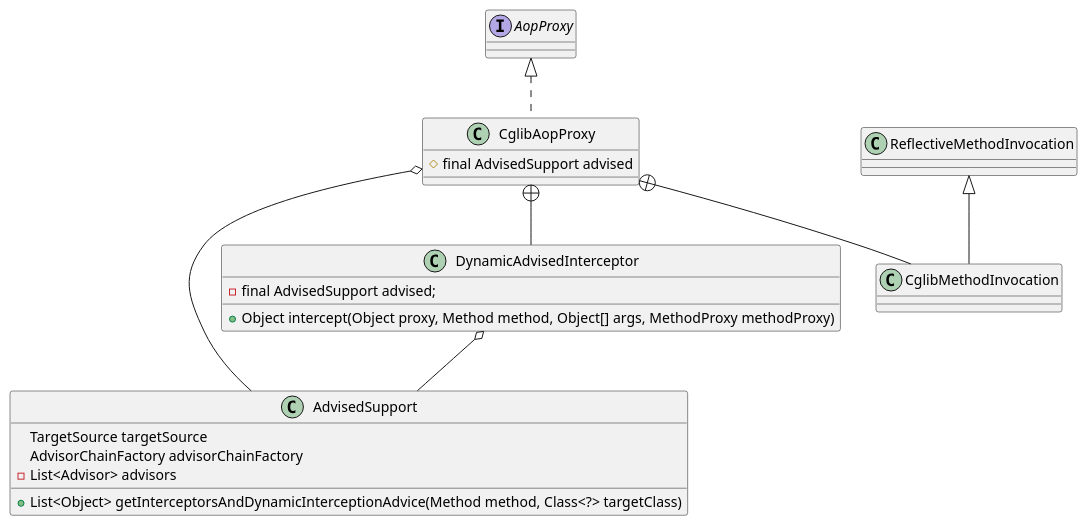
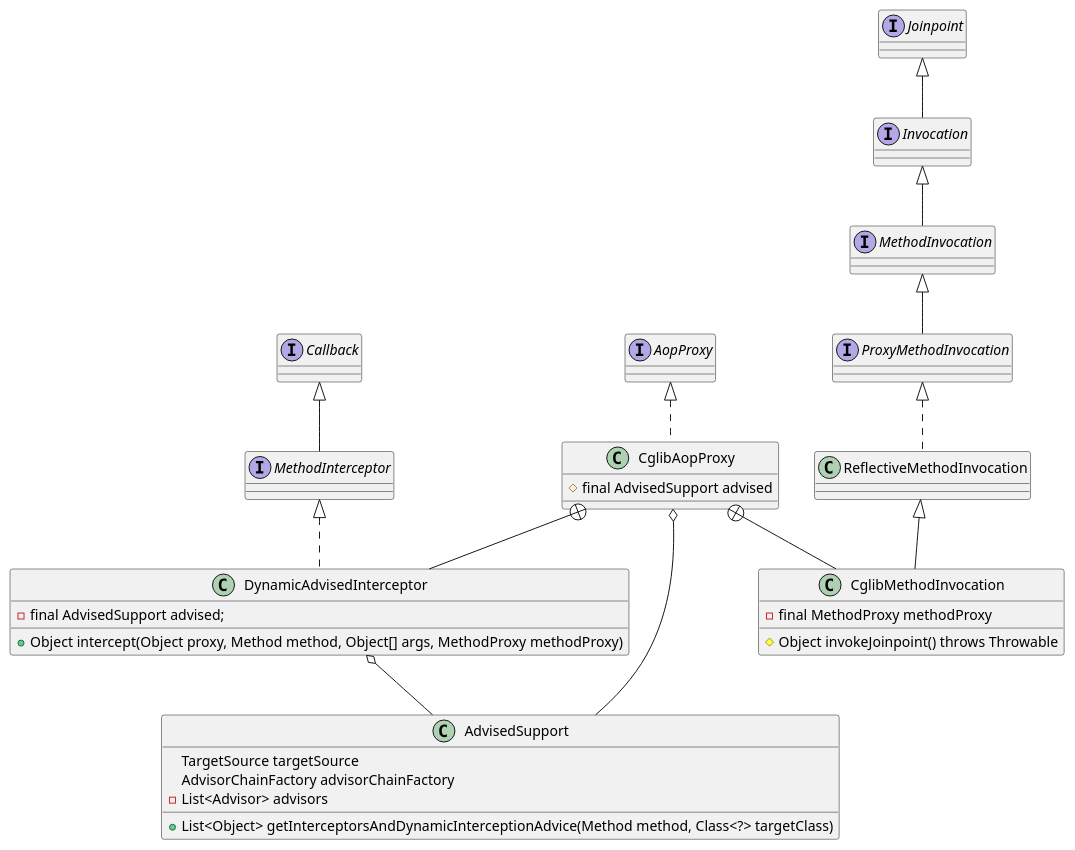
The diagram in 20-framework/src/spring/spring-aop/framework/CglibAopProxy.md (onlyonion/development), drawn with PlantUML before and after one commit. The commit also changed other lines of this file and 14 other files, not shown here.

````diff
--- a/20-framework/src/spring/spring-aop/framework/CglibAopProxy.md
+++ b/20-framework/src/spring/spring-aop/framework/CglibAopProxy.md
@@ -15,39 +16,58 @@
 ```plantuml
 @startuml
 
 interface AopProxy
 
 '''''''''''''''''''''''' CglibAopProxy '''''''''''''''''''''''''''''
 class CglibAopProxy {
     # final AdvisedSupport advised
 }
 AopProxy <|.. CglibAopProxy
 
 '''''''''''''''''''''''' 通知支撑 '''''''''''''''''''''''''''''
 class AdvisedSupport {
     TargetSource targetSource
     AdvisorChainFactory advisorChainFactory
     - List<Advisor> advisors
     
     + List<Object> getInterceptorsAndDynamicInterceptionAdvice(Method method, Class<?> targetClass)
 }
 CglibAopProxy o-- AdvisedSupport
 
-'''''''''''''''''''''''' 内部类 '''''''''''''''''''''''''''''
 '''''''''''''''''''''''' DynamicAdvisedInterceptor '''''''''''''''''''''''''''''
+interface Callback
+interface MethodInterceptor
+
+Callback ^-- MethodInterceptor
+MethodInterceptor ^.. DynamicAdvisedInterceptor
+
 class DynamicAdvisedInterceptor {
     - final AdvisedSupport advised;
     + Object intercept(Object proxy, Method method, Object[] args, MethodProxy methodProxy)
 } 
 CglibAopProxy +-- DynamicAdvisedInterceptor
 DynamicAdvisedInterceptor o-- AdvisedSupport
 
 '''''''''''''''''''''''' CglibMethodInvocation '''''''''''''''''''''''''''''
+interface Joinpoint
+interface Invocation
+interface MethodInvocation
+interface ProxyMethodInvocation
+
+Joinpoint ^-- Invocation
+Invocation ^-- MethodInvocation
+MethodInvocation ^-- ProxyMethodInvocation
+ProxyMethodInvocation ^.. ReflectiveMethodInvocation
 class ReflectiveMethodInvocation
-class CglibMethodInvocation 
-ReflectiveMethodInvocation <|-- CglibMethodInvocation
+ReflectiveMethodInvocation ^-- CglibMethodInvocation
+
+class CglibMethodInvocation {
+    - final MethodProxy methodProxy
+    # Object invokeJoinpoint() throws Throwable
+}
+
 CglibAopProxy +-- CglibMethodInvocation
 
 
 @enduml
 ```
````
